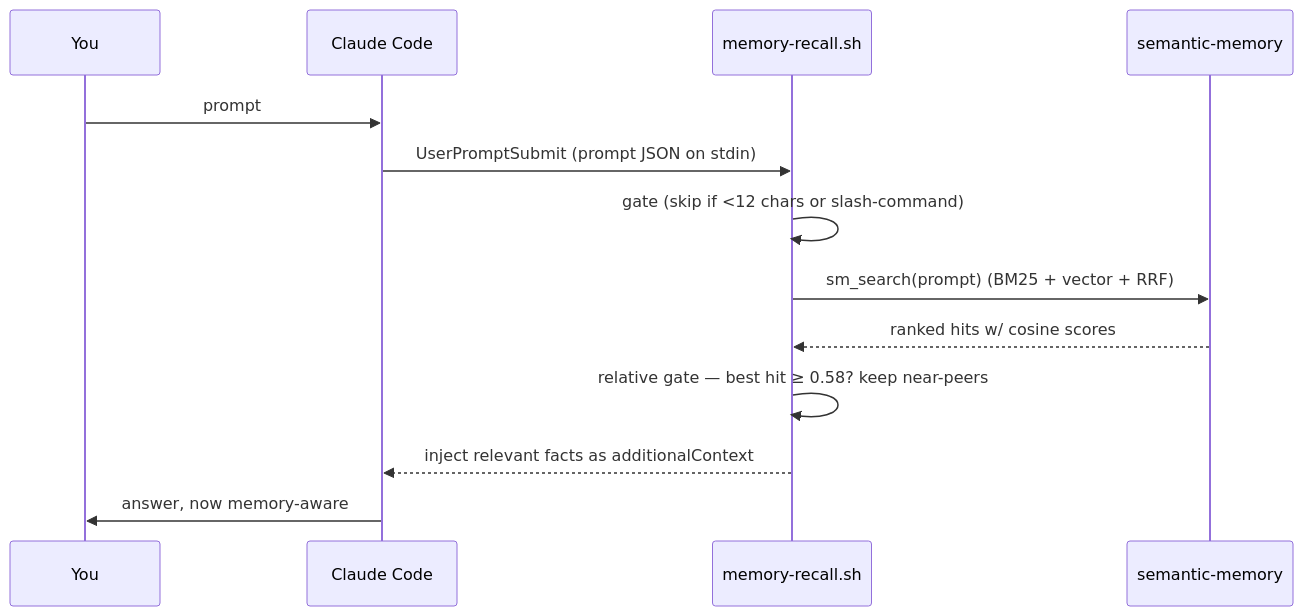
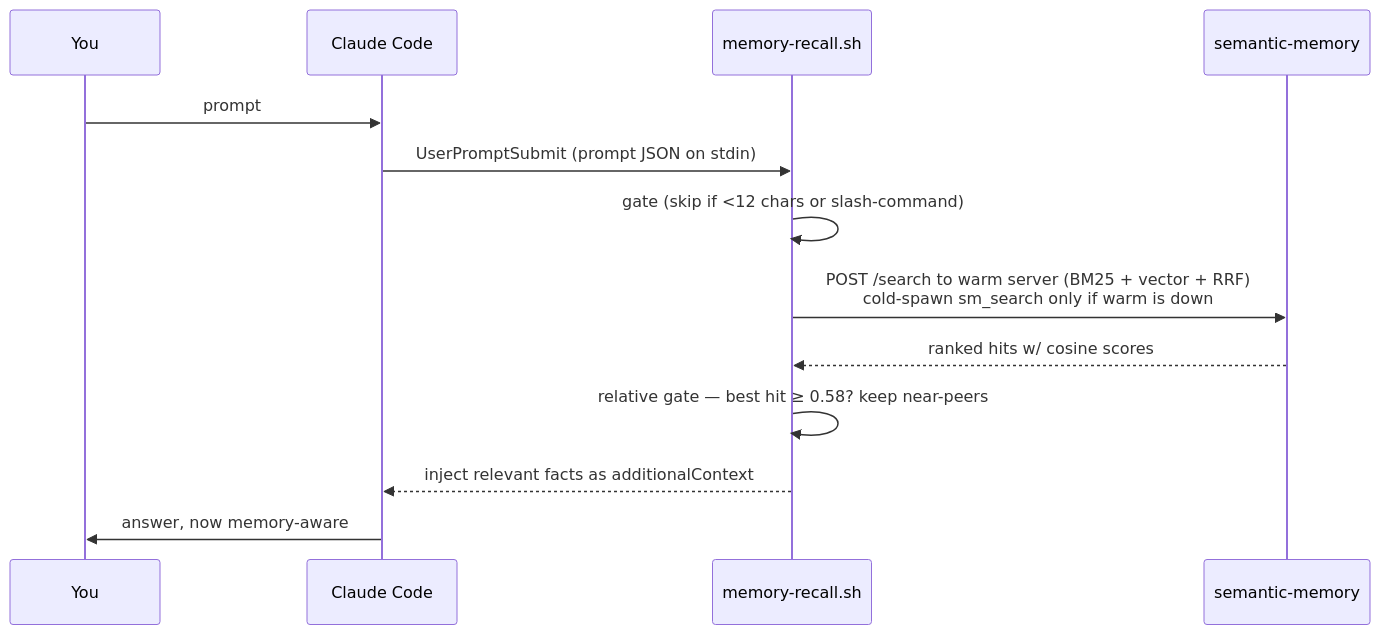
One commit to RecursiveIntell/agent-memory-kits changed the second of 3 diagrams in README.md. Above: the diagram before and after it, drawn with Mermaid. The commit also changed other lines of this file and 9 other files, not shown here.

First line of the commit message:
v0.4.0: warm HTTP server for low-latency hooks + 33-tool alignment

````diff
--- a/README.md
+++ b/README.md
@@ -82,15 +83,15 @@
 ```mermaid
 sequenceDiagram
     participant U as You
     participant CC as Claude Code
     participant Hook as memory-recall.sh
     participant SM as semantic-memory
     U->>CC: prompt
     CC->>Hook: UserPromptSubmit (prompt JSON on stdin)
     Hook->>Hook: gate (skip if <12 chars or slash-command)
-    Hook->>SM: sm_search(prompt)  (BM25 + vector + RRF)
+    Hook->>SM: POST /search to warm server (BM25 + vector + RRF)<br/>cold-spawn sm_search only if warm is down
     SM-->>Hook: ranked hits w/ cosine scores
     Hook->>Hook: relative gate — best hit ≥ 0.58? keep near-peers
     Hook-->>CC: inject relevant facts as additionalContext
     CC->>U: answer, now memory-aware
 ```
````
